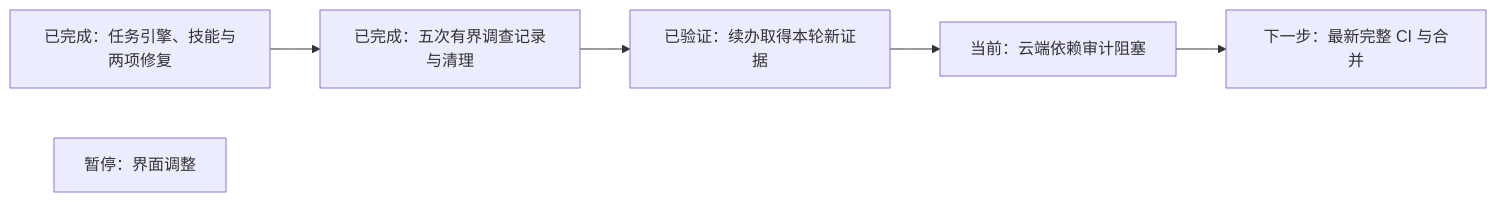
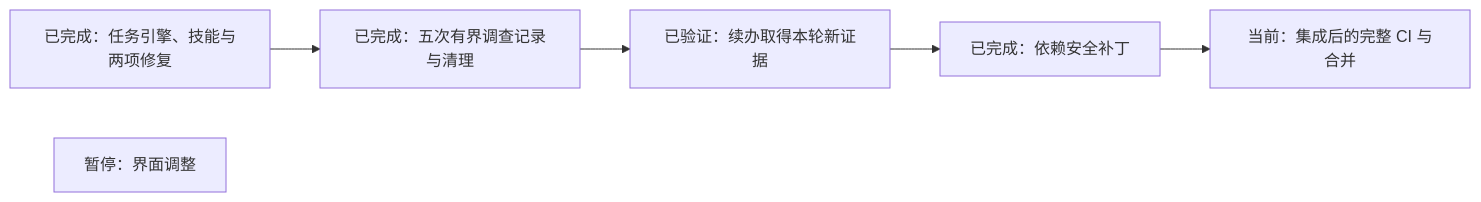
The diagram in docs/project/stages/2026-10-20-agent-task-live-acceptance.md (Sugarfarmeriod/TunnelMinion), drawn with Mermaid before and after one commit. The commit also changed other lines of this file and 1 other file, not shown here.

````diff
--- a/docs/project/stages/2026-10-20-agent-task-live-acceptance.md
+++ b/docs/project/stages/2026-10-20-agent-task-live-acceptance.md
@@ -42,8 +42,8 @@
 ```mermaid
 flowchart LR
     A["已完成：任务引擎、技能与两项修复"] --> B["已完成：五次有界调查记录与清理"]
     B --> C["已验证：续办取得本轮新证据"]
-    C --> D["当前：云端依赖审计阻塞"]
-    D --> E["下一步：最新完整 CI 与合并"]
+    C --> D["已完成：依赖安全补丁"]
+    D --> E["当前：集成后的完整 CI 与合并"]
     U["暂停：界面调整"]
 ```
````
